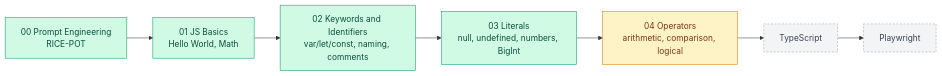
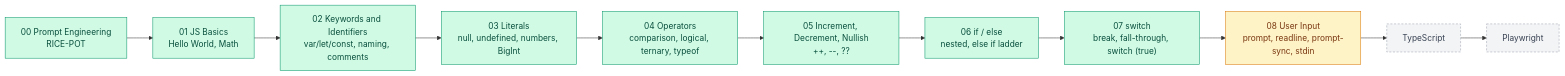
The first of 42 diagrams in README.md (SainathKonapure/javaScriptAndTypeScript), drawn with Mermaid before and after one commit. The commit also changed other lines of this file and 50 other files, not shown here.

````diff
--- a/README.md
+++ b/README.md
@@ -48,13 +75,17 @@
 ```mermaid
 flowchart LR
     C0["00 Prompt Engineering<br/>RICE-POT"]:::done --> C1["01 JS Basics<br/>Hello World, Math"]:::done
     C1 --> C2["02 Keywords and Identifiers<br/>var/let/const, naming, comments"]:::done
     C2 --> C3["03 Literals<br/>null, undefined, numbers, BigInt"]:::done
-    C3 --> C4["04 Operators<br/>arithmetic, comparison, logical"]:::progress
-    C4 --> TS["TypeScript"]:::planned
+    C3 --> C4["04 Operators<br/>comparison, logical, ternary, typeof"]:::done
+    C4 --> C5["05 Increment, Decrement, Nullish<br/>++, --, ??"]:::done
+    C5 --> C6["06 if / else<br/>nested, else if ladder"]:::done
+    C6 --> C7["07 switch<br/>break, fall-through, switch (true)"]:::done
+    C7 --> C8["08 User Input<br/>prompt, readline, prompt-sync, stdin"]:::progress
+    C8 --> TS["TypeScript"]:::planned
     TS --> PW["Playwright"]:::planned
 
     classDef done fill:#d1fae5,stroke:#059669,color:#064e3b
     classDef progress fill:#fef3c7,stroke:#d97706,color:#78350f
     classDef planned fill:#f3f4f6,stroke:#9ca3af,color:#374151,stroke-dasharray: 4 3
 ```
````
